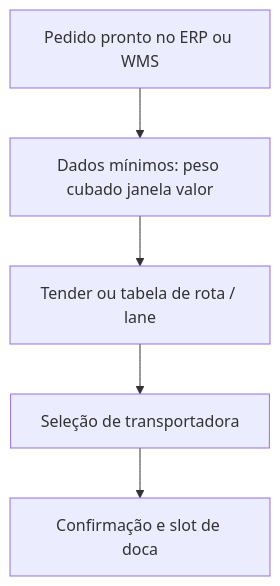
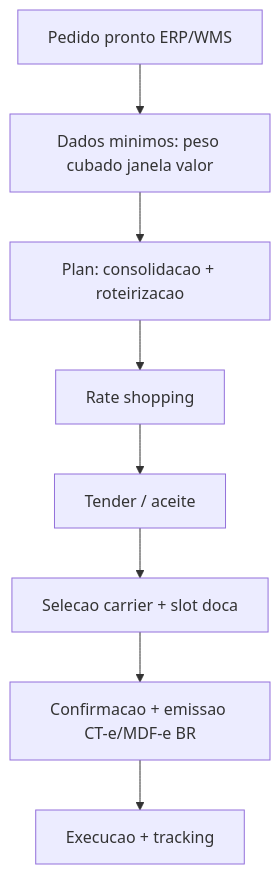
The second of 4 diagrams in aulas/trilha-tecnologia-e-sistemas/modulo-04-tms/aula-01-pedido-transporte-carrier.md (cleberhensel/logisticon-academy), drawn with Mermaid before and after one commit. The commit also changed other lines of this file and 122 other files, not shown here.

````diff
--- a/aulas/trilha-tecnologia-e-sistemas/modulo-04-tms/aula-01-pedido-transporte-carrier.md
+++ b/aulas/trilha-tecnologia-e-sistemas/modulo-04-tms/aula-01-pedido-transporte-carrier.md
@@ -30,9 +98,12 @@
 ```mermaid
 flowchart TD
-  P[Pedido pronto no ERP ou WMS]
-  D[Dados mínimos: peso cubado janela valor]
-  T[Tender ou tabela de rota / lane]
-  S[Seleção de transportadora]
-  C[Confirmação e slot de doca]
-  P --> D --> T --> S --> C
+  P[Pedido pronto ERP/WMS]
+  D[Dados minimos: peso cubado janela valor]
+  Plan[Plan: consolidacao + roteirizacao]
+  RS[Rate shopping]
+  T[Tender / aceite]
+  S[Selecao carrier + slot doca]
+  Conf[Confirmacao + emissao CT-e/MDF-e BR]
+  Exec[Execucao + tracking]
+  P --> D --> Plan --> RS --> T --> S --> Conf --> Exec
 ```
````
